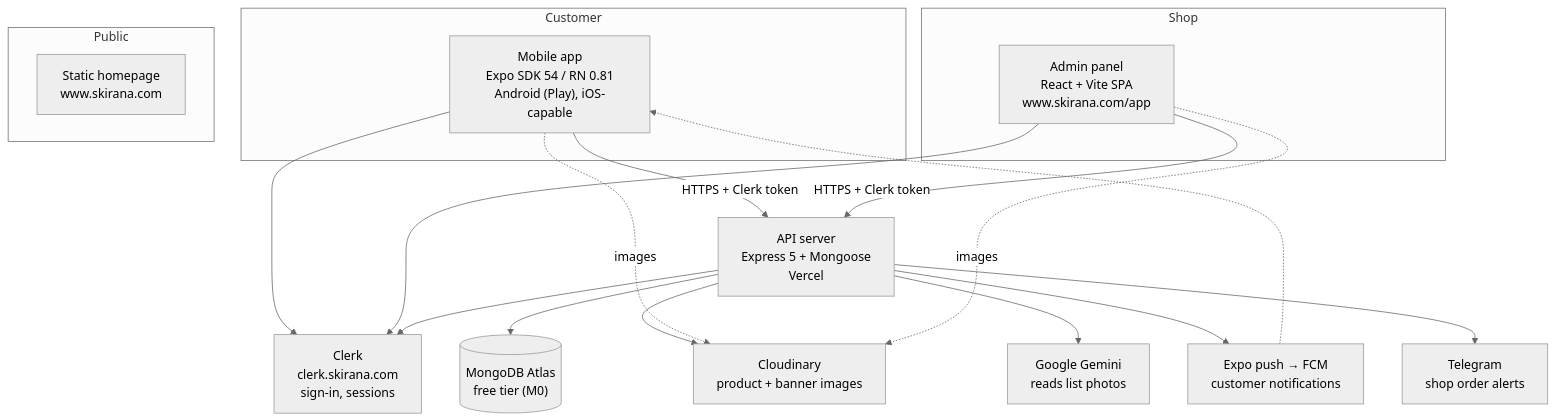
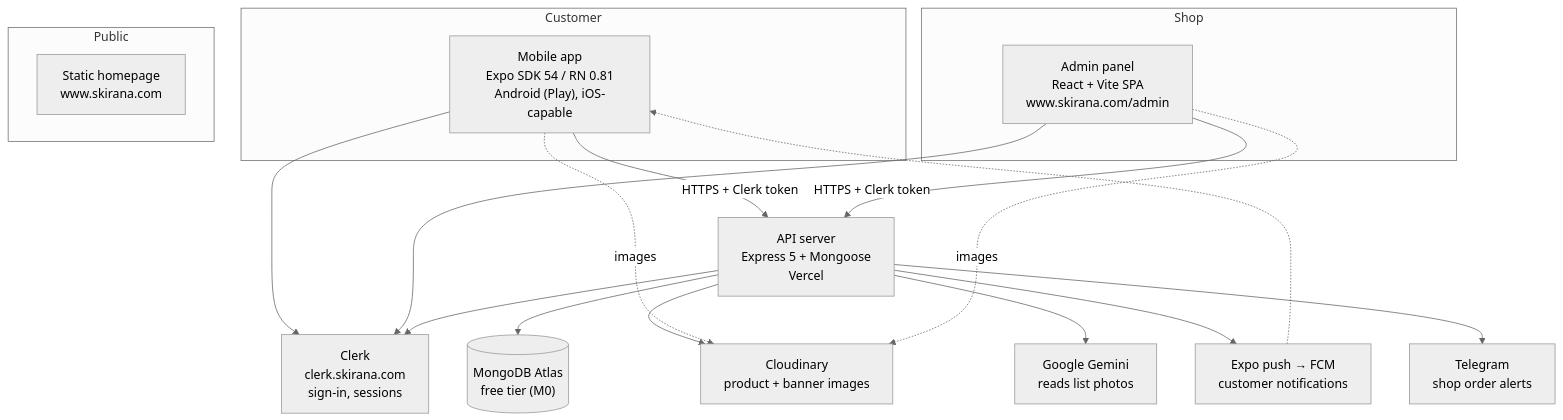
Before and after one commit to shiv-anshu-gupta/TypeScriptProject: the first of 5 diagrams in docs/ARCHITECTURE.md, drawn with Mermaid (neutral theme). The commit also changed other lines of this file and 294 other files, not shown here.

````diff
--- a/docs/ARCHITECTURE.md
+++ b/docs/ARCHITECTURE.md
@@ -37,37 +37,37 @@
 ```mermaid
 flowchart TB
     subgraph Customer
         APP["Mobile app<br/>Expo SDK 54 / RN 0.81<br/>Android (Play), iOS-capable"]
     end
 
     subgraph Shop
-        ADMIN["Admin panel<br/>React + Vite SPA<br/>www.skirana.com/app"]
+        ADMIN["Admin panel<br/>React + Vite SPA<br/>www.skirana.com/admin"]
     end
 
     subgraph Public
         SITE["Static homepage<br/>www.skirana.com"]
     end
 
     SERVER["API server<br/>Express 5 + Mongoose<br/>Vercel"]
 
     DB[("MongoDB Atlas<br/>free tier (M0)")]
     CLERK["Clerk<br/>clerk.skirana.com<br/>sign-in, sessions"]
     CLOUD["Cloudinary<br/>product + banner images"]
     GEMINI["Google Gemini<br/>reads list photos"]
     EXPO["Expo push → FCM<br/>customer notifications"]
     TG["Telegram<br/>shop order alerts"]
 
     APP -->|HTTPS + Clerk token| SERVER
     ADMIN -->|HTTPS + Clerk token| SERVER
     APP --> CLERK
     ADMIN --> CLERK
     SERVER --> CLERK
     SERVER --> DB
     SERVER --> CLOUD
     SERVER --> GEMINI
     SERVER --> EXPO
     SERVER --> TG
     APP -.->|images| CLOUD
     ADMIN -.->|images| CLOUD
     EXPO -.-> APP
 ```
````
